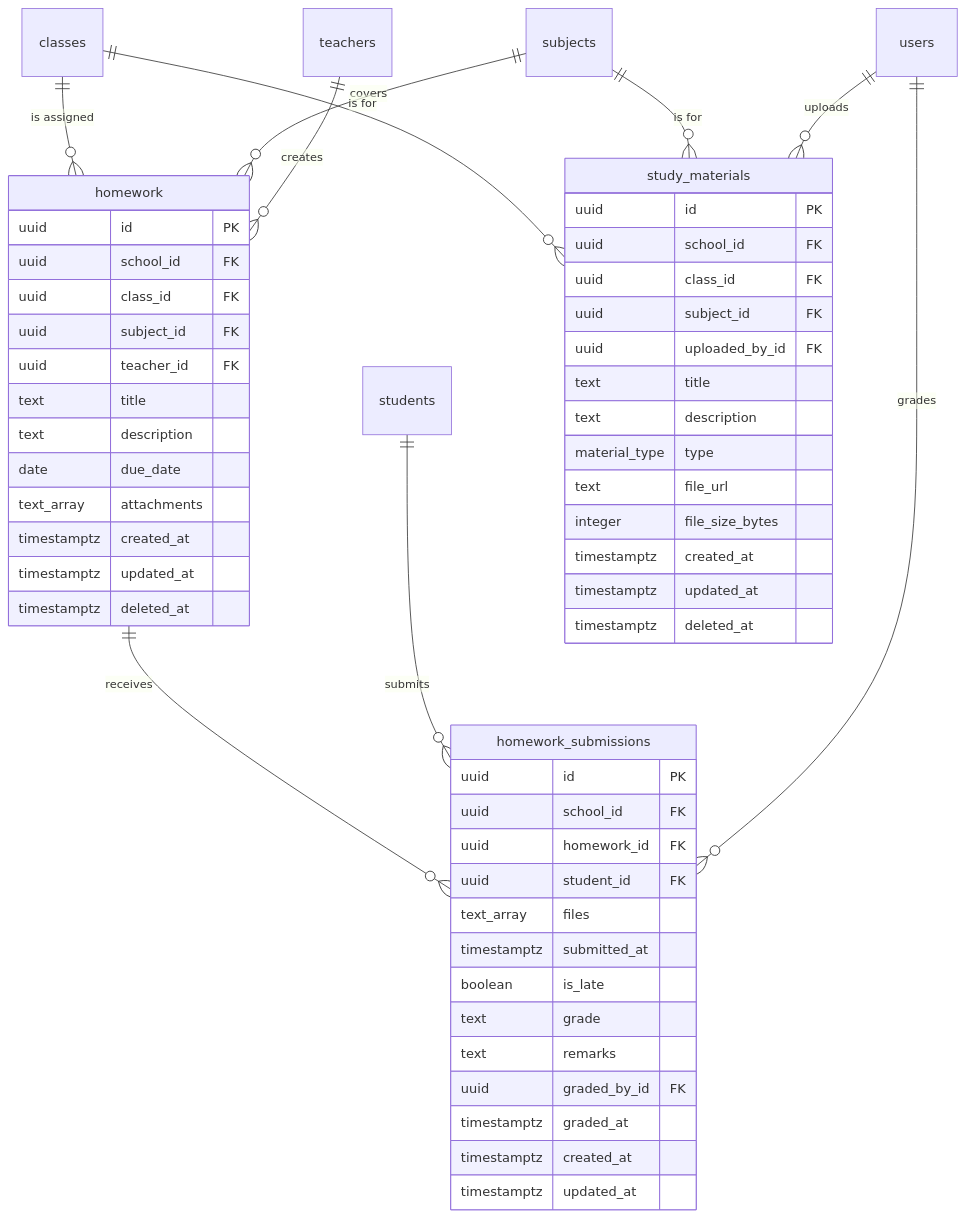
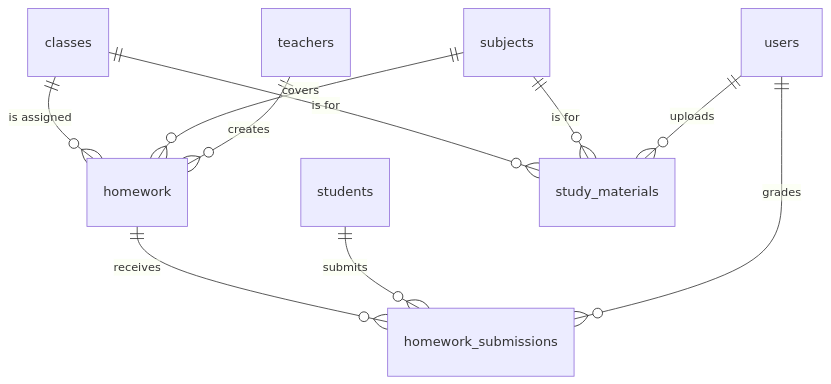
One commit to rahmat058/school-flow-ai changed diagram 15 of 43 in docs/backend/Database.md. Above: the diagram before and after it, drawn with Mermaid. The commit also changed other lines of this file and 2 other files, not shown here.

````diff
--- a/docs/backend/Database.md
+++ b/docs/backend/Database.md
@@ -400,57 +571,12 @@
 ```mermaid
 erDiagram
   classes ||--o{ homework : "is assigned"
   subjects ||--o{ homework : "covers"
   teachers ||--o{ homework : "creates"
   homework ||--o{ homework_submissions : "receives"
   students ||--o{ homework_submissions : "submits"
   users ||--o{ homework_submissions : "grades"
   classes ||--o{ study_materials : "is for"
   subjects ||--o{ study_materials : "is for"
   users ||--o{ study_materials : "uploads"
-
-  homework {
-    uuid id PK
-    uuid school_id FK
-    uuid class_id FK
-    uuid subject_id FK
-    uuid teacher_id FK
-    text title
-    text description
-    date due_date
-    text_array attachments
-    timestamptz created_at
-    timestamptz updated_at
-    timestamptz deleted_at
-  }
-  homework_submissions {
-    uuid id PK
-    uuid school_id FK
-    uuid homework_id FK
-    uuid student_id FK
-    text_array files
-    timestamptz submitted_at
-    boolean is_late
-    text grade
-    text remarks
-    uuid graded_by_id FK
-    timestamptz graded_at
-    timestamptz created_at
-    timestamptz updated_at
-  }
-  study_materials {
-    uuid id PK
-    uuid school_id FK
-    uuid class_id FK
-    uuid subject_id FK
-    uuid uploaded_by_id FK
-    text title
-    text description
-    material_type type
-    text file_url
-    integer file_size_bytes
-    timestamptz created_at
-    timestamptz updated_at
-    timestamptz deleted_at
-  }
 ```
````
